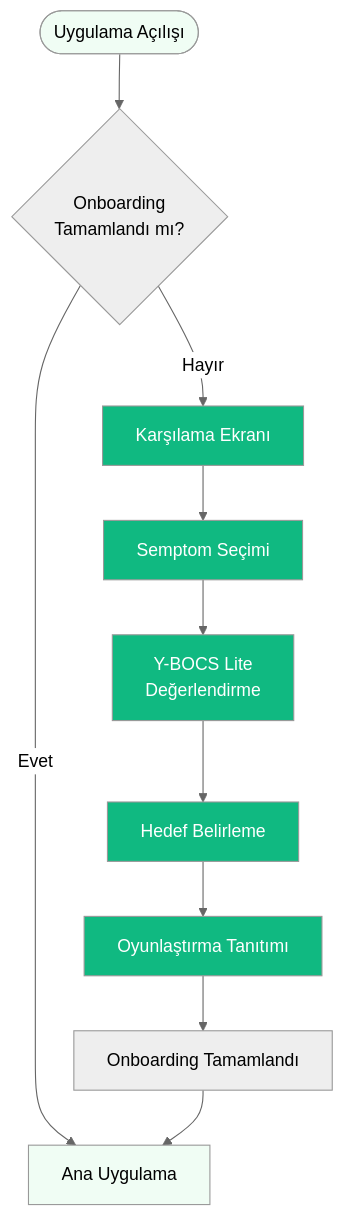
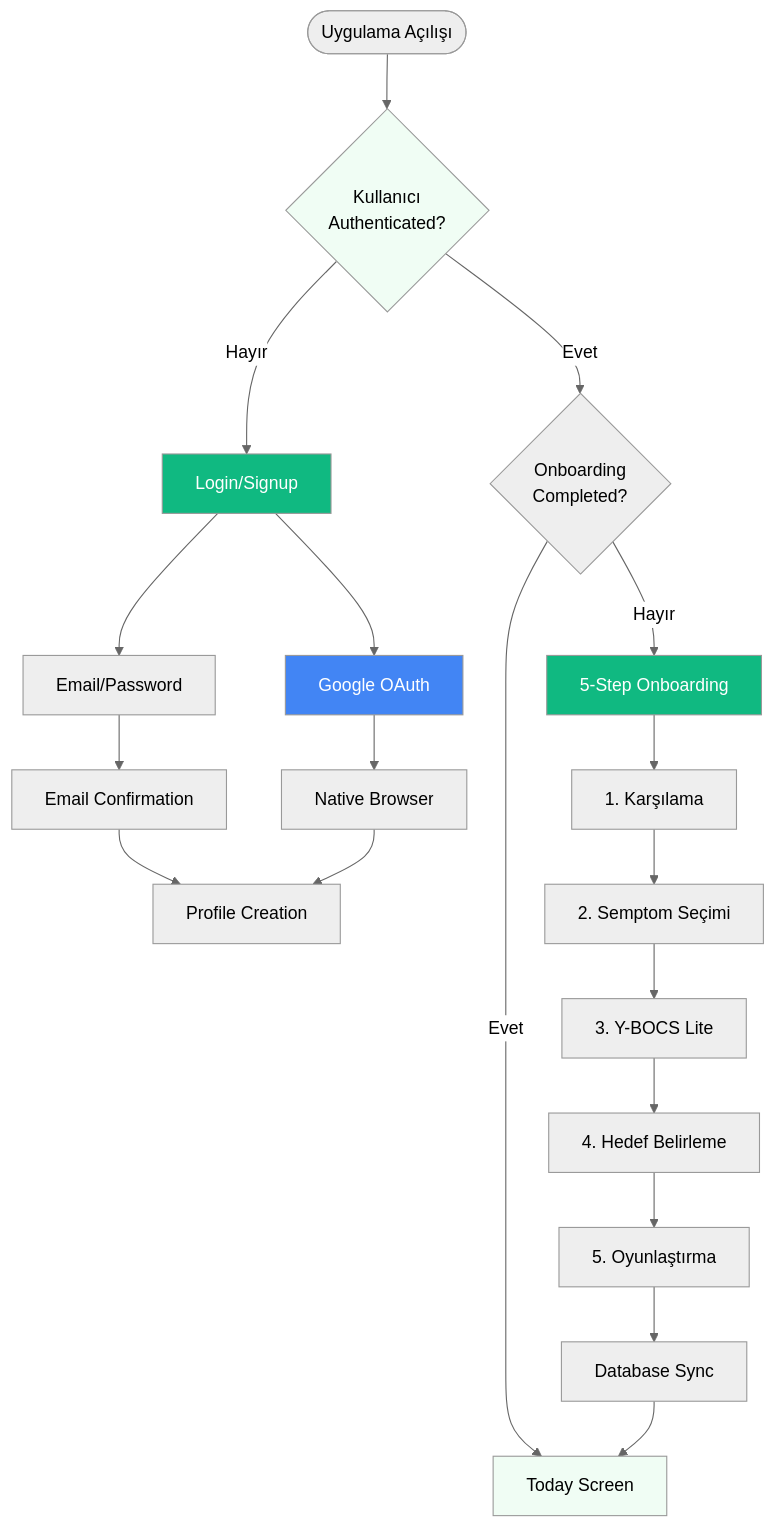
Before and after one commit to adilyoltay/obsessless-mobile-app: the first of 3 diagrams in docs/obsessless-flow.md, drawn with Mermaid (neutral theme). The commit also changed other lines of this file and 1 other file, not shown here.

````diff
--- a/docs/obsessless-flow.md
+++ b/docs/obsessless-flow.md
@@ -34,21 +144,30 @@
 ```mermaid
 flowchart TD
-    Start([Uygulama Açılışı]) --> Check{Onboarding<br/>Tamamlandı mı?}
-    Check -->|Hayır| Welcome[Karşılama Ekranı]
-    Check -->|Evet| MainApp[Ana Uygulama]
+    Start([Uygulama Açılışı]) --> AuthCheck{Kullanıcı<br/>Authenticated?}
+    AuthCheck -->|Hayır| Login[Login/Signup]
+    AuthCheck -->|Evet| ProfileCheck{Onboarding<br/>Completed?}
     
-    Welcome --> Symptoms[Semptom Seçimi]
-    Symptoms --> YBOCS[Y-BOCS Lite<br/>Değerlendirme]
-    YBOCS --> Goals[Hedef Belirleme]
-    Goals --> GamificationIntro[Oyunlaştırma Tanıtımı]
-    GamificationIntro --> Complete[Onboarding Tamamlandı]
-    Complete --> MainApp
+    Login --> EmailAuth[Email/Password]
+    Login --> GoogleAuth[Google OAuth]
+    EmailAuth --> EmailConfirm[Email Confirmation]
+    GoogleAuth --> NativeBrowser[Native Browser]
+    EmailConfirm --> ProfileSetup[Profile Creation]
+    NativeBrowser --> ProfileSetup
     
-    style Start fill:#F0FDF4
-    style Welcome fill:#10B981,color:#fff
-    style Symptoms fill:#10B981,color:#fff
-    style YBOCS fill:#10B981,color:#fff
-    style Goals fill:#10B981,color:#fff
-    style GamificationIntro fill:#10B981,color:#fff
+    ProfileCheck -->|Hayır| Onboarding[5-Step Onboarding]
+    ProfileCheck -->|Evet| MainApp[Today Screen]
+    
+    Onboarding --> Welcome[1. Karşılama]
+    Welcome --> Symptoms[2. Semptom Seçimi]
+    Symptoms --> YBOCS[3. Y-BOCS Lite]
+    YBOCS --> Goals[4. Hedef Belirleme]
+    Goals --> GamificationIntro[5. Oyunlaştırma]
+    GamificationIntro --> DBSync[Database Sync]
+    DBSync --> MainApp
+    
+    style AuthCheck fill:#F0FDF4
+    style Login fill:#10B981,color:#fff
+    style GoogleAuth fill:#4285F4,color:#fff
+    style Onboarding fill:#10B981,color:#fff
     style MainApp fill:#F0FDF4
 ```
````
